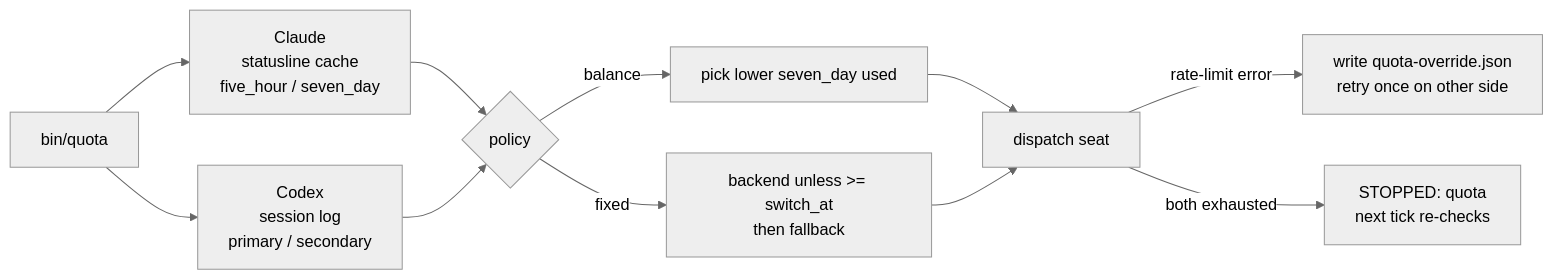
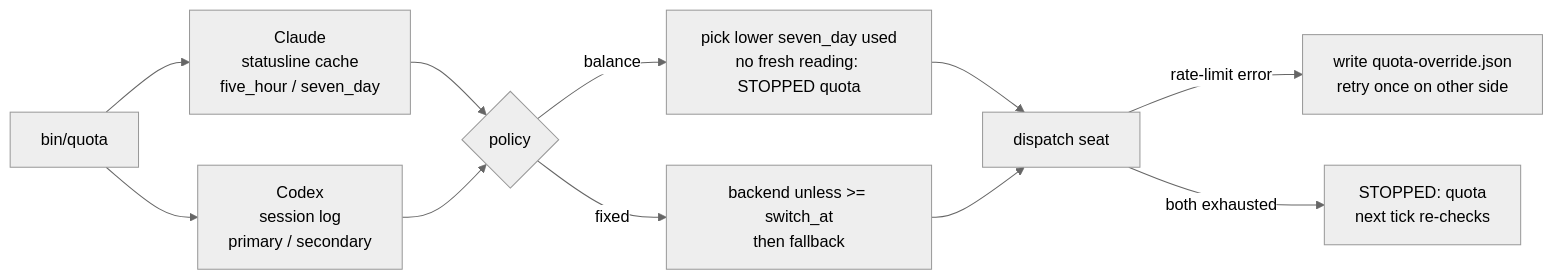
Before and after one commit to limkoaniun/loop-sdd: the second of 2 diagrams in README.md, drawn with Mermaid (neutral theme). The commit also changed other lines of this file, not shown here.

````diff
--- a/README.md
+++ b/README.md
@@ -73,11 +73,11 @@
 ```mermaid
 flowchart LR
     Q[bin/quota] --> CL[Claude<br/>statusline cache<br/>five_hour / seven_day]
     Q --> CX[Codex<br/>session log<br/>primary / secondary]
     CL & CX --> POL{policy}
-    POL -- balance --> B1[pick lower seven_day used]
+    POL -- balance --> B1[pick lower seven_day used<br/>no fresh reading: STOPPED quota]
     POL -- fixed --> B2[backend unless >= switch_at<br/>then fallback]
     B1 & B2 --> DIS[dispatch seat]
     DIS -- rate-limit error --> OV[write quota-override.json<br/>retry once on other side]
     DIS -- both exhausted --> STOP[STOPPED: quota<br/>next tick re-checks]
 ```
````
